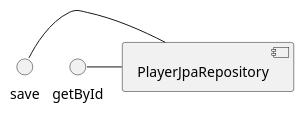
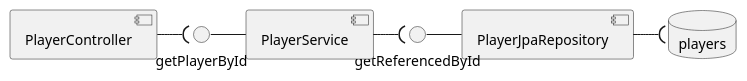
Before and after one commit to moliva177/myFirstSpringApiRest: the diagram in docs/diagrams/model/components.puml, drawn with PlantUML. The commit also changed 2 other files, not shown here.

```diff
--- a/docs/diagrams/model/components.puml
+++ b/docs/diagrams/model/components.puml
@@ -1,6 +1,12 @@
 @startuml
 
-save - [PlayerJpaRepository]
-getById - [PlayerJpaRepository]
+database "players"
+[PlayerJpaRepository] -("players"
+getReferencedById - [PlayerJpaRepository]
+
+[PlayerService] -(getReferencedById
+getPlayerById - [PlayerService]
+
+[PlayerController] -(getPlayerById
 
 @enduml
```
